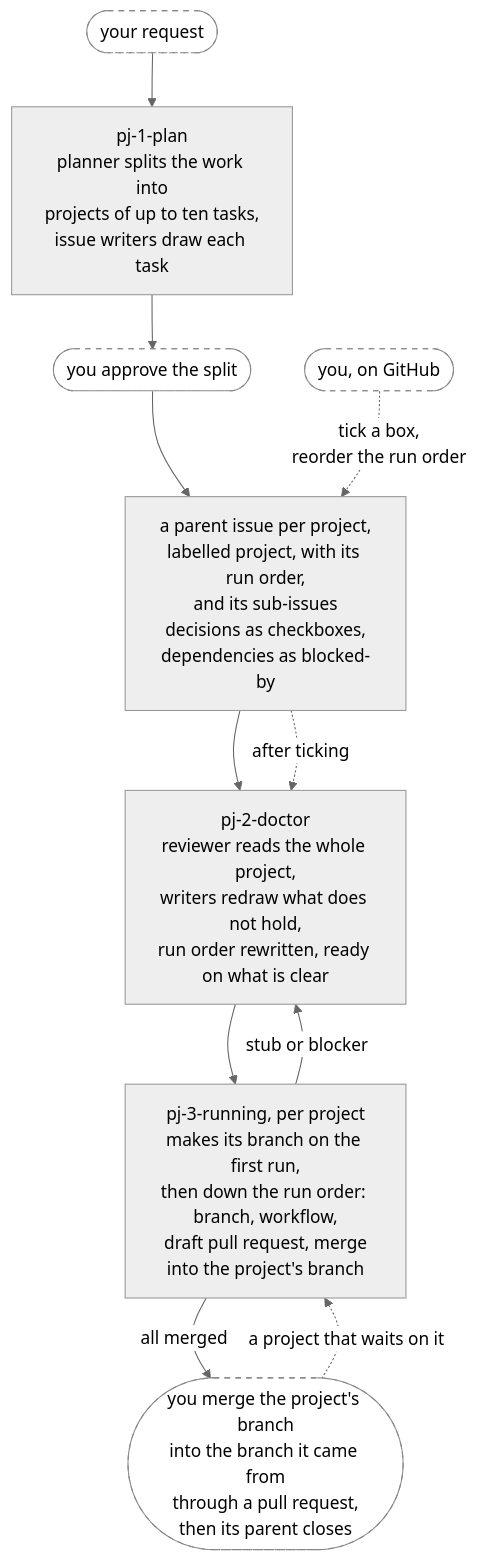
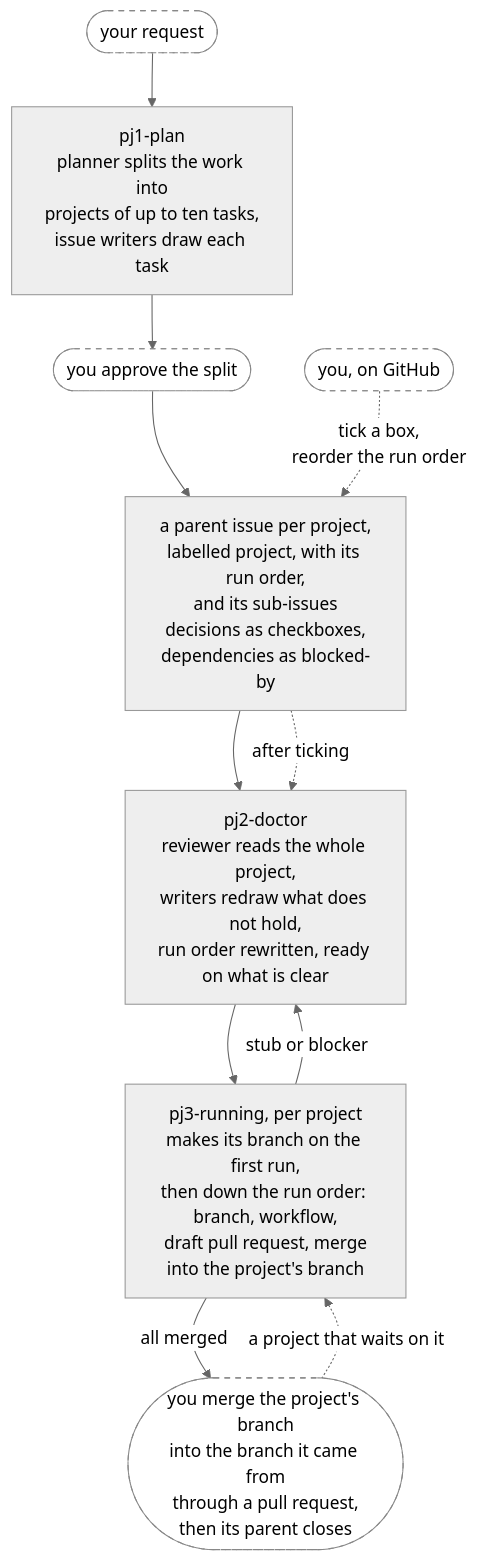
The third of 4 diagrams in plugins/annetaan/README.md (annetaan/claude-plugins), drawn with Mermaid (neutral theme) before and after one commit. The commit also changed other lines of this file and 19 other files, not shown here.

First line of the commit message:
feat: rename the pj skills to pj1-plan, pj2-doctor and pj3-running (#32)

````diff
--- a/plugins/annetaan/README.md
+++ b/plugins/annetaan/README.md
@@ -217,16 +217,16 @@
 ```mermaid
 flowchart TD
-    req(["your request"]) --> plan["pj-1-plan<br/>planner splits the work into<br/>projects of up to ten tasks,<br/>issue writers draw each task"]
+    req(["your request"]) --> plan["pj1-plan<br/>planner splits the work into<br/>projects of up to ten tasks,<br/>issue writers draw each task"]
     plan --> approve(["you approve the split"]) --> filed["a parent issue per project,<br/>labelled project, with its run order,<br/>and its sub-issues<br/>decisions as checkboxes,<br/>dependencies as blocked-by"]
-    filed --> doctor["pj-2-doctor<br/>reviewer reads the whole project,<br/>writers redraw what does not hold,<br/>run order rewritten, ready on what is clear"]
-    doctor --> run["pj-3-running, per project<br/>makes its branch on the first run,<br/>then down the run order: branch, workflow,<br/>draft pull request, merge<br/>into the project's branch"]
+    filed --> doctor["pj2-doctor<br/>reviewer reads the whole project,<br/>writers redraw what does not hold,<br/>run order rewritten, ready on what is clear"]
+    doctor --> run["pj3-running, per project<br/>makes its branch on the first run,<br/>then down the run order: branch, workflow,<br/>draft pull request, merge<br/>into the project's branch"]
     run -->|"stub or blocker"| doctor
     run -->|"all merged"| done(["you merge the project's branch<br/>into the branch it came from<br/>through a pull request,<br/>then its parent closes"])
     done -.->|"a project that waits on it"| run
 
     you(["you, on GitHub"]) -.->|"tick a box,<br/>reorder the run order"| filed
     filed -.->|"after ticking"| doctor
 
     classDef human fill:#fff,stroke:#888,stroke-dasharray: 5 5
     class req,approve,you,done human
 ```
````
